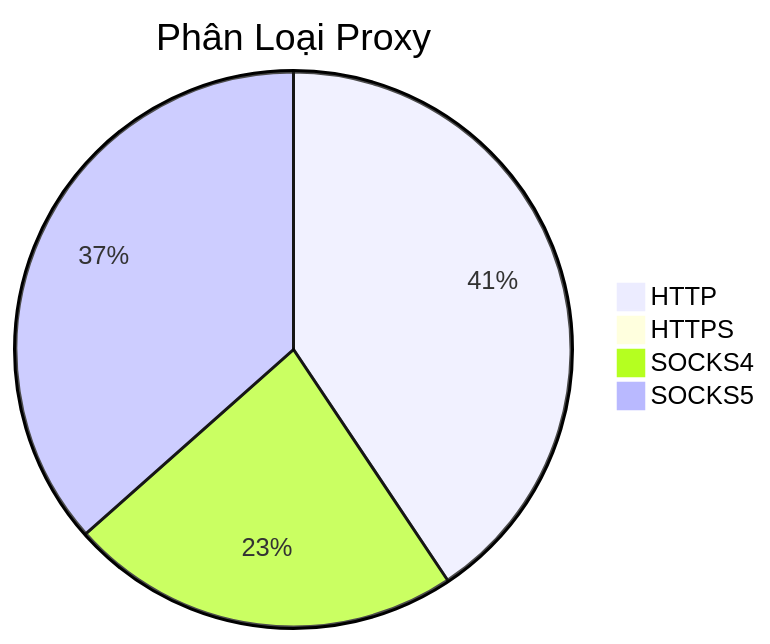
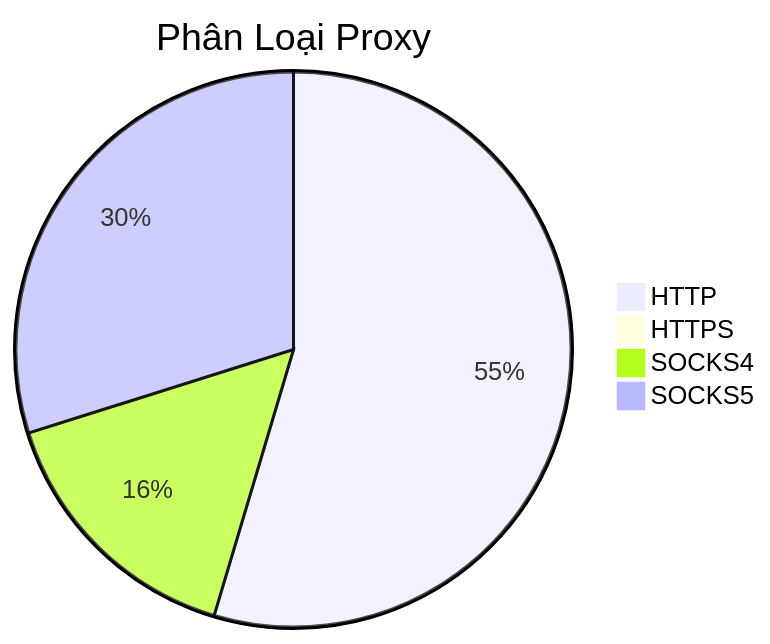
The diagram in README.md (Ciara-12/PROXY-free), drawn with Mermaid before and after one commit. The commit also changed other lines of this file and 3 other files, not shown here.

````diff
--- a/README.md
+++ b/README.md
@@ -26,7 +26,7 @@
 ```mermaid
 pie title Phân Loại Proxy
-    "HTTP" : 349
+    "HTTP" : 503
     "HTTPS" : 1
-    "SOCKS4" : 196
-    "SOCKS5" : 314
+    "SOCKS4" : 143
+    "SOCKS5" : 275
 ```
````
